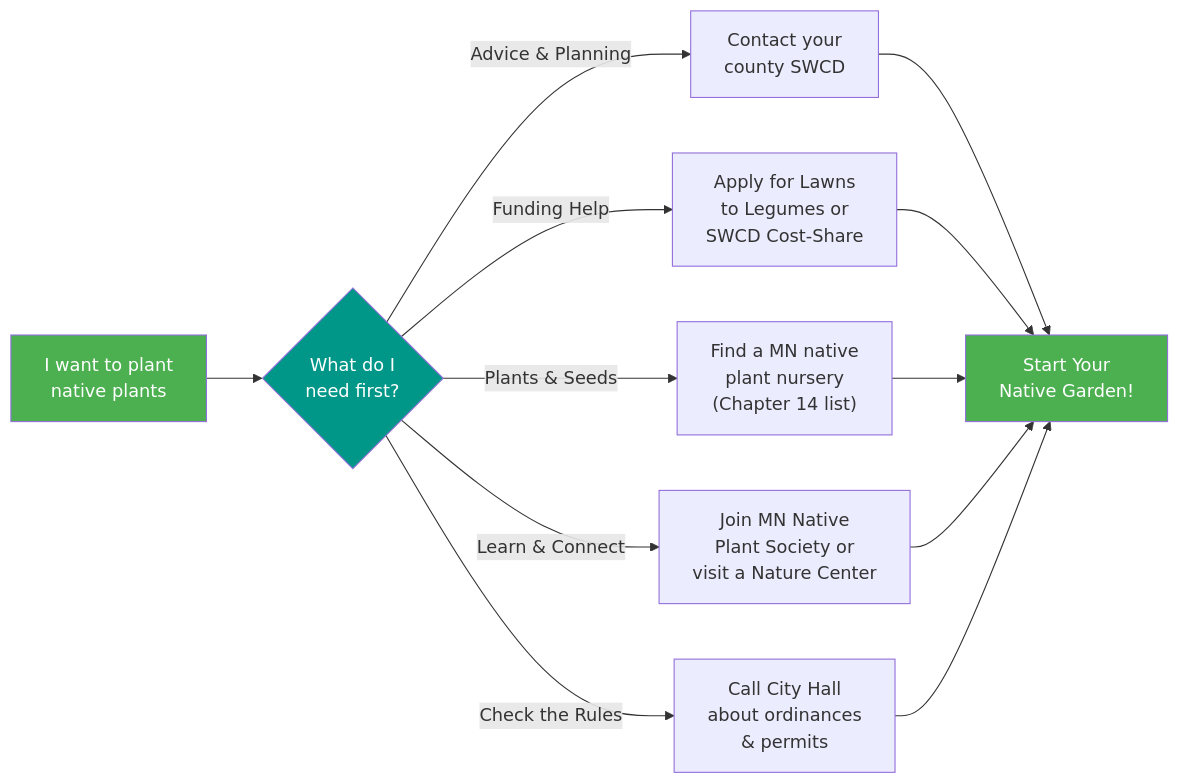
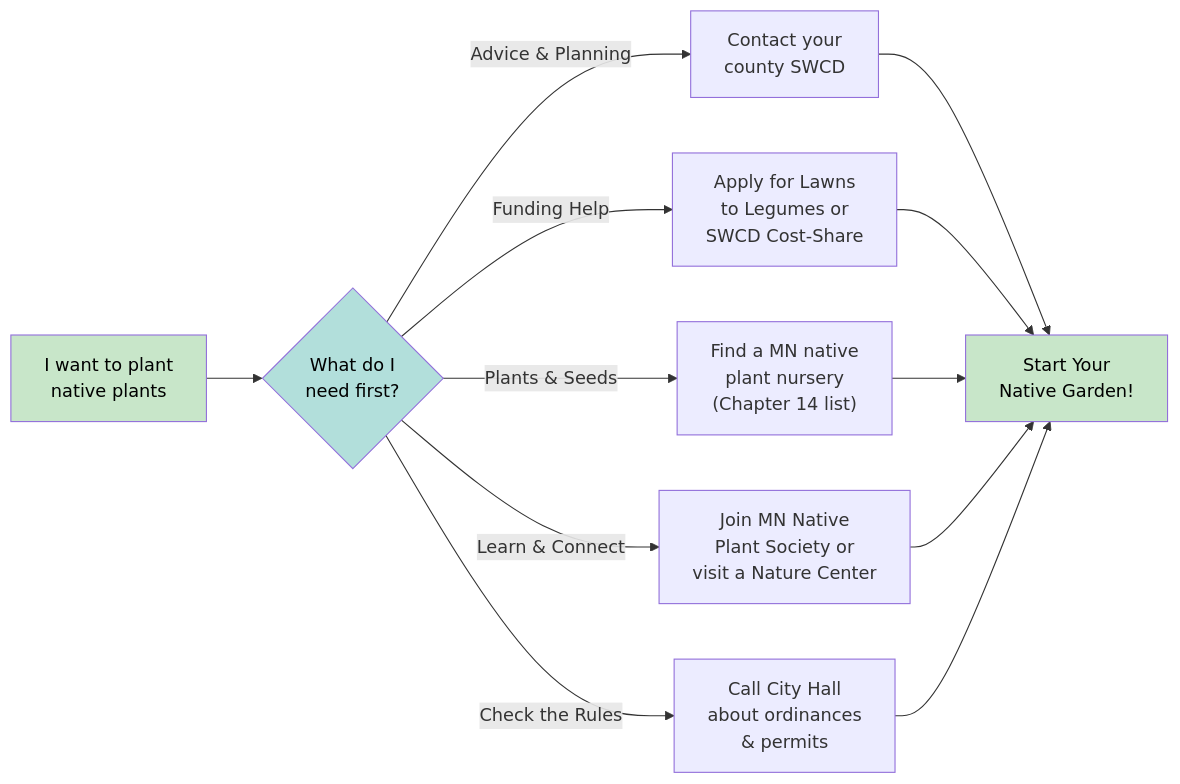
Before and after one commit to arunbatchu/minnesota-native-plants: the first of 2 diagrams in docs/chapters/14-minnesota-resources/index.md, drawn with Mermaid. The commit also changed other lines of this file and 10 other files, not shown here.

First line of the commit message:
Switch Mermaid diagrams to pastel palette — black text on light backgrounds

````diff
--- a/docs/chapters/14-minnesota-resources/index.md
+++ b/docs/chapters/14-minnesota-resources/index.md
@@ -22,20 +22,20 @@
 ```mermaid
 flowchart LR
     Start["I want to plant<br>native plants"] --> Q1{"What do I<br>need first?"}
 
     Q1 -->|"Advice & Planning"| A1["Contact your<br>county SWCD"]
     Q1 -->|"Funding Help"| A2["Apply for Lawns<br>to Legumes or<br>SWCD Cost-Share"]
     Q1 -->|"Plants & Seeds"| A3["Find a MN native<br>plant nursery<br>(Chapter 14 list)"]
     Q1 -->|"Learn & Connect"| A4["Join MN Native<br>Plant Society or<br>visit a Nature Center"]
     Q1 -->|"Check the Rules"| A5["Call City Hall<br>about ordinances<br>& permits"]
 
     A1 --> R["Start Your<br>Native Garden!"]
     A2 --> R
     A3 --> R
     A4 --> R
     A5 --> R
 
-    style Start fill:#4CAF50,color:#fff
-    style R fill:#4CAF50,color:#fff
-    style Q1 fill:#009688,color:#fff
+    style Start fill:#C8E6C9,color:#000
+    style R fill:#C8E6C9,color:#000
+    style Q1 fill:#B2DFDB,color:#000
 ```
````
